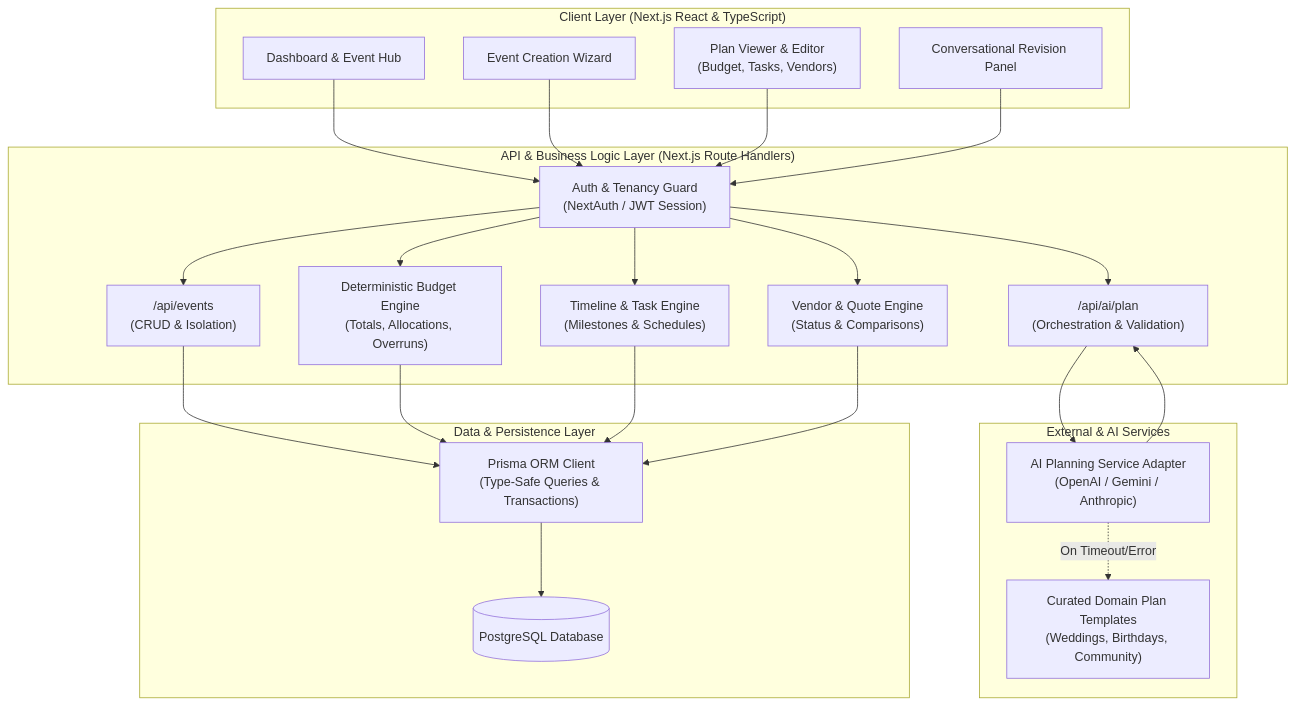
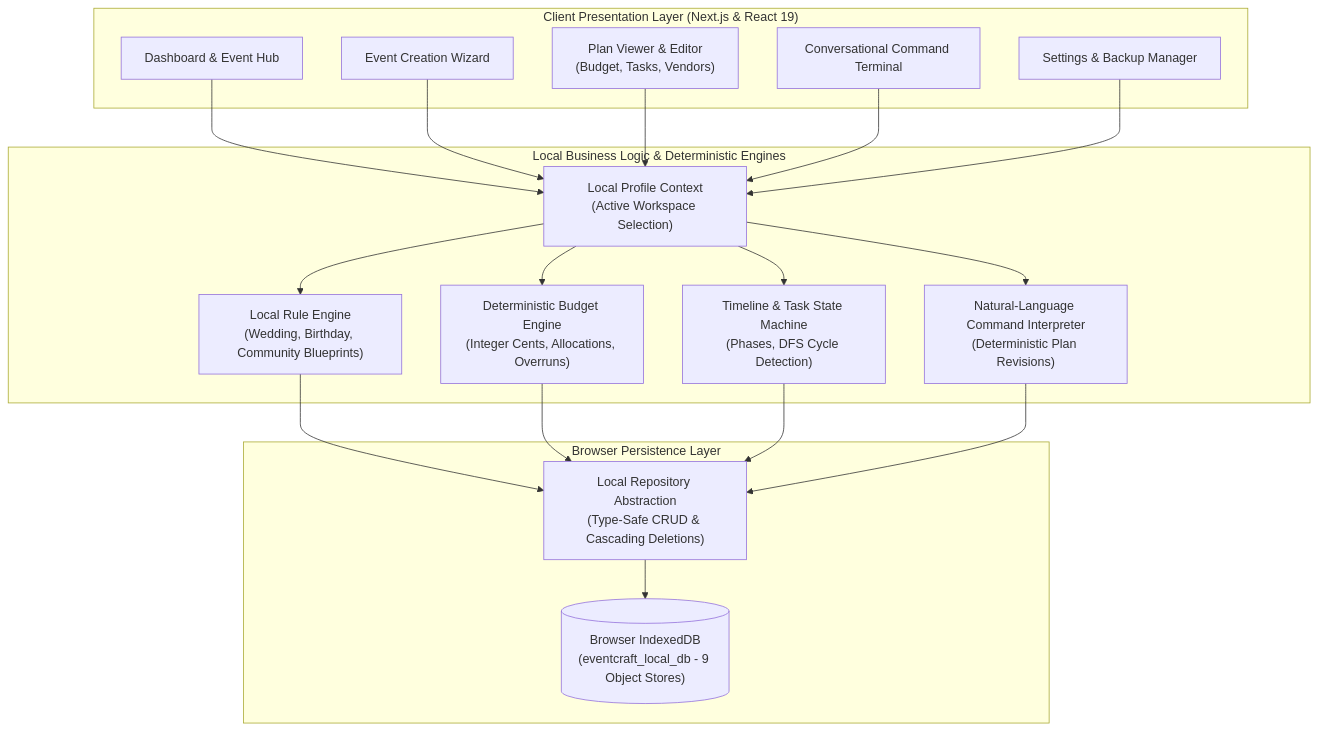
Before and after one commit to nithinpanuganti/EventCraft: the first of 2 diagrams in docs/ARCHITECTURE.md, drawn with Mermaid. The commit also changed other lines of this file and 64 other files, not shown here.

Commit message:
feat: complete liquid glass UI transformation and standalone browser-native architecture

````diff
--- a/docs/ARCHITECTURE.md
+++ b/docs/ARCHITECTURE.md
@@ -27,50 +27,41 @@
 ```mermaid
 graph TB
-    subgraph ClientLayer ["Client Layer (Next.js React & TypeScript)"]
+    subgraph ClientLayer ["Client Presentation Layer (Next.js & React 19)"]
         UI_Dash["Dashboard & Event Hub"]
         UI_Wizard["Event Creation Wizard"]
         UI_Plan["Plan Viewer & Editor\n(Budget, Tasks, Vendors)"]
-        UI_Chat["Conversational Revision Panel"]
+        UI_Chat["Conversational Command Terminal"]
+        UI_Settings["Settings & Backup Manager"]
     end
 
-    subgraph APILayer ["API & Business Logic Layer (Next.js Route Handlers)"]
-        Auth_Guard["Auth & Tenancy Guard\n(NextAuth / JWT Session)"]
-        Event_Route["/api/events\n(CRUD & Isolation)"]
-        AI_Route["/api/ai/plan\n(Orchestration & Validation)"]
-        Budget_Engine["Deterministic Budget Engine\n(Totals, Allocations, Overruns)"]
-        Task_Engine["Timeline & Task Engine\n(Milestones & Schedules)"]
-        Vendor_Engine["Vendor & Quote Engine\n(Status & Comparisons)"]
+    subgraph LogicLayer ["Local Business Logic & Deterministic Engines"]
+        Auth_Context["Local Profile Context\n(Active Workspace Selection)"]
+        Plan_Engine["Local Rule Engine\n(Wedding, Birthday, Community Blueprints)"]
+        Budget_Engine["Deterministic Budget Engine\n(Integer Cents, Allocations, Overruns)"]
+        Task_Engine["Timeline & Task State Machine\n(Phases, DFS Cycle Detection)"]
+        Command_Engine["Natural-Language Command Interpreter\n(Deterministic Plan Revisions)"]
     end
 
-    subgraph ServiceLayer ["External & AI Services"]
-        LLM_Adapter["AI Planning Service Adapter\n(OpenAI / Gemini / Anthropic)"]
-        Fallback_Templates["Curated Domain Plan Templates\n(Weddings, Birthdays, Community)"]
+    subgraph DataLayer ["Browser Persistence Layer"]
+        Local_Repo["Local Repository Abstraction\n(Type-Safe CRUD & Cascading Deletions)"]
+        IndexedDB_Engine[("Browser IndexedDB\n(eventcraft_local_db - 9 Object Stores)")]
     end
 
-    subgraph DataLayer ["Data & Persistence Layer"]
-        Prisma_Client["Prisma ORM Client\n(Type-Safe Queries & Transactions)"]
-        Postgres_DB[("PostgreSQL Database")]
-    end
+    UI_Dash --> Auth_Context
+    UI_Wizard --> Auth_Context
+    UI_Plan --> Auth_Context
+    UI_Chat --> Auth_Context
+    UI_Settings --> Auth_Context
 
-    UI_Dash --> Auth_Guard
-    UI_Wizard --> Auth_Guard
-    UI_Plan --> Auth_Guard
-    UI_Chat --> Auth_Guard
+    Auth_Context --> Plan_Engine
+    Auth_Context --> Budget_Engine
+    Auth_Context --> Task_Engine
+    Auth_Context --> Command_Engine
 
-    Auth_Guard --> Event_Route
-    Auth_Guard --> AI_Route
-    Auth_Guard --> Budget_Engine
-    Auth_Guard --> Task_Engine
-    Auth_Guard --> Vendor_Engine
+    Plan_Engine --> Local_Repo
+    Budget_Engine --> Local_Repo
+    Task_Engine --> Local_Repo
+    Command_Engine --> Local_Repo
 
-    AI_Route --> LLM_Adapter
-    LLM_Adapter -.->|On Timeout/Error| Fallback_Templates
-    LLM_Adapter --> AI_Route
-
-    Event_Route --> Prisma_Client
-    Budget_Engine --> Prisma_Client
-    Task_Engine --> Prisma_Client
-    Vendor_Engine --> Prisma_Client
-
-    Prisma_Client --> Postgres_DB
+    Local_Repo --> IndexedDB_Engine
 ```
````
